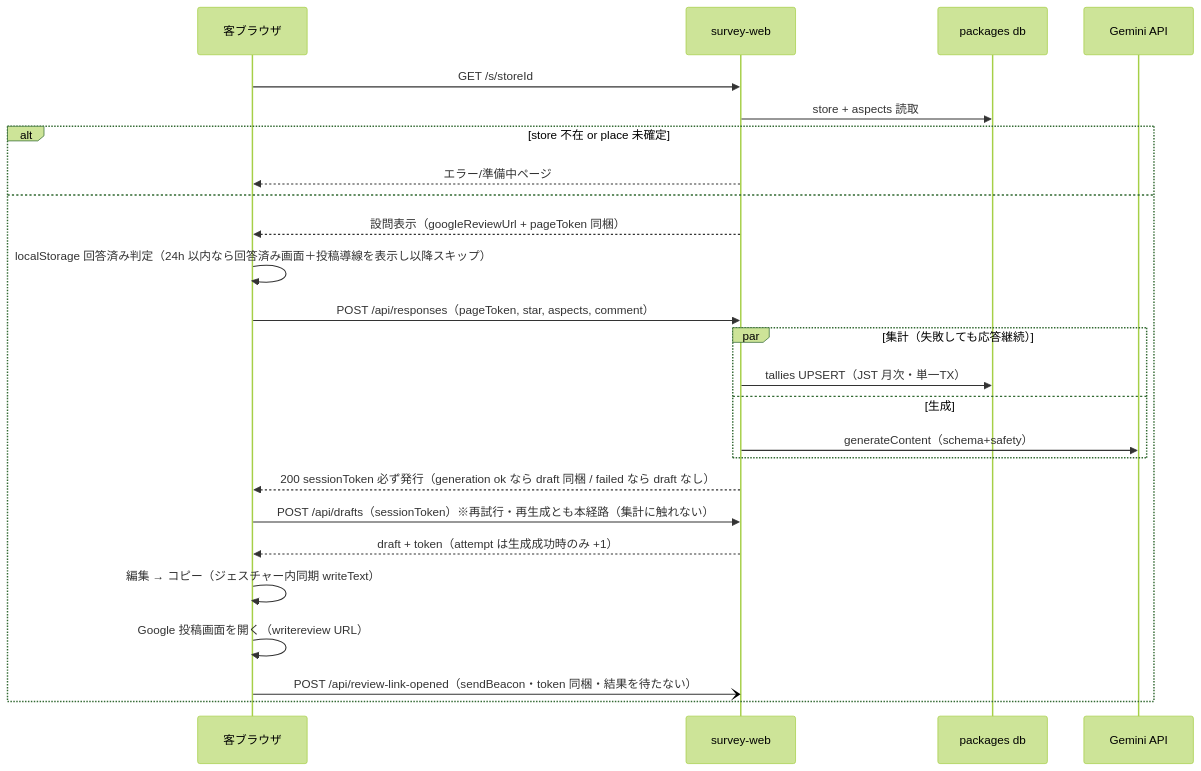
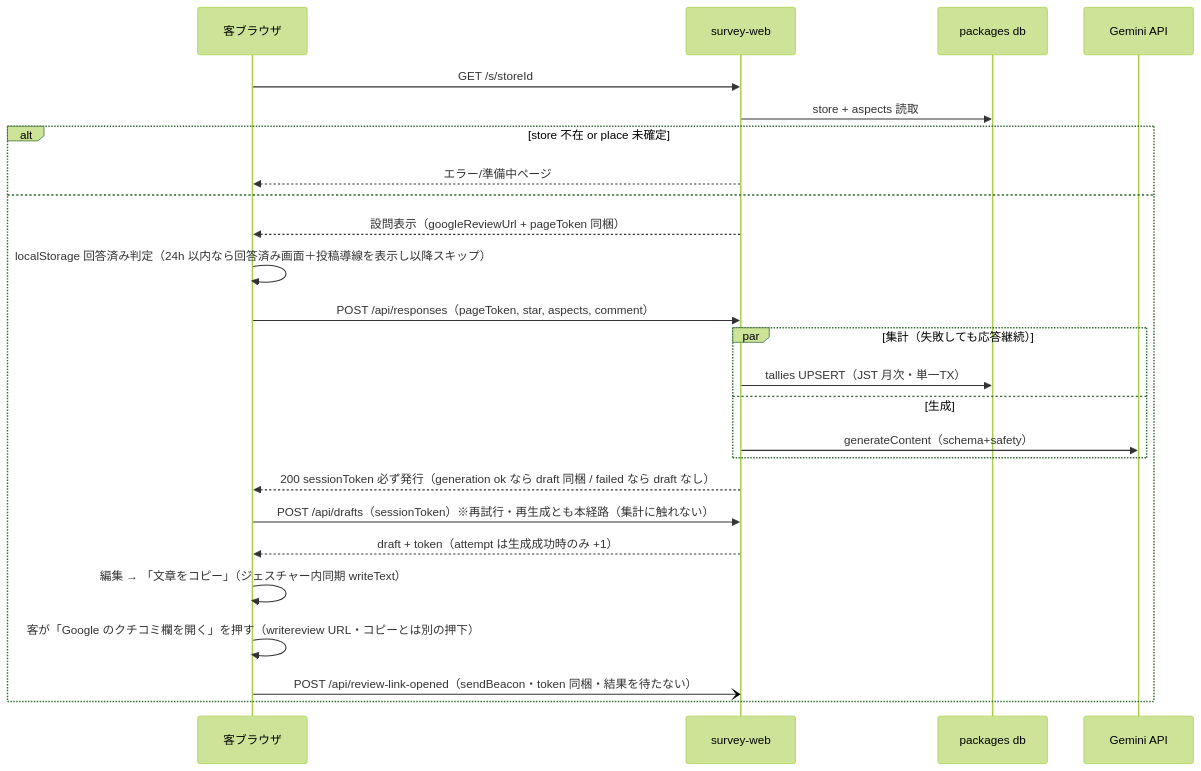
The second of 2 diagrams in .kiro/specs/review-acquisition/design.md (ManatoYamashita/fw-line-meo), drawn with Mermaid (forest theme) before and after one commit. The commit also changed other lines of this file and 17 other files, not shown here.

````diff
--- a/.kiro/specs/review-acquisition/design.md
+++ b/.kiro/specs/review-acquisition/design.md
@@ -167,27 +167,27 @@
 ```mermaid
 sequenceDiagram
     participant C as 客ブラウザ
     participant S as survey-web
     participant D as packages db
     participant G as Gemini API
     C->>S: GET /s/storeId
     S->>D: store + aspects 読取
     alt store 不在 or place 未確定
         S-->>C: エラー/準備中ページ
     else
         S-->>C: 設問表示（googleReviewUrl + pageToken 同梱）
         C->>C: localStorage 回答済み判定（24h 以内なら回答済み画面＋投稿導線を表示し以降スキップ）
         C->>S: POST /api/responses（pageToken, star, aspects, comment）
         par 集計（失敗しても応答継続）
             S->>D: tallies UPSERT（JST 月次・単一TX）
         and 生成
             S->>G: generateContent（schema+safety）
         end
         S-->>C: 200 sessionToken 必ず発行（generation ok なら draft 同梱 / failed なら draft なし）
         C->>S: POST /api/drafts（sessionToken）※再試行・再生成とも本経路（集計に触れない）
         S-->>C: draft + token（attempt は生成成功時のみ +1）
-        C->>C: 編集 → コピー（ジェスチャー内同期 writeText）
-        C->>C: Google 投稿画面を開く（writereview URL）
+        C->>C: 編集 → 「文章をコピー」（ジェスチャー内同期 writeText）
+        C->>C: 客が「Google のクチコミ欄を開く」を押す（writereview URL・コピーとは別の押下）
         C-)S: POST /api/review-link-opened（sendBeacon・token 同梱・結果を待たない）
     end
 ```
````
